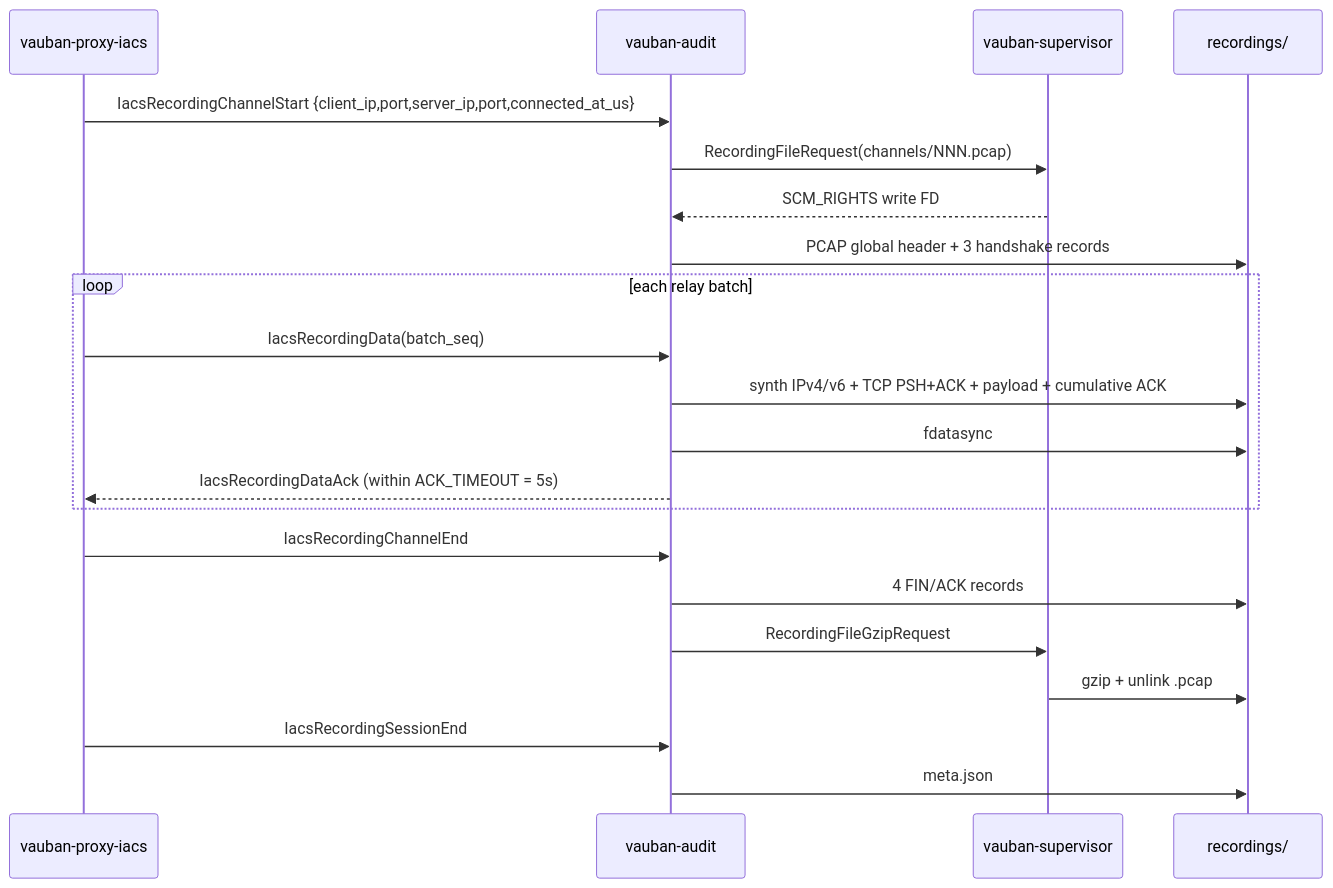
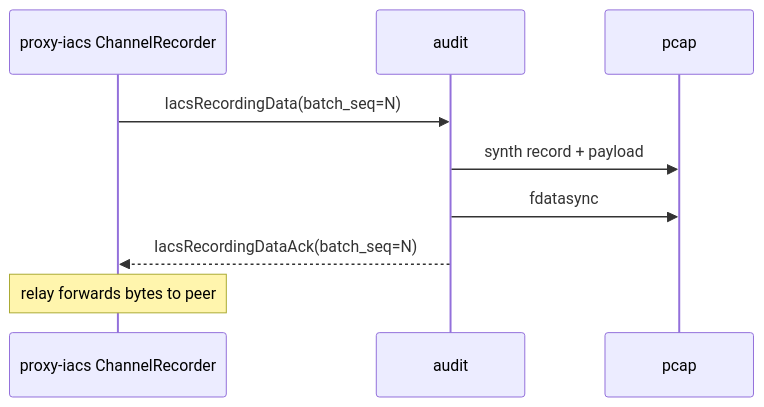
Before and after one commit to rbenaley/Vauban: the seventh of 9 diagrams in docs/technical/Vauban_Recording_Architecture_EN(1.5).md, drawn with Mermaid. The commit also changed other lines of this file, not shown here.

Commit message:
docs(recording): rewrite v1.5 as a tighter architecture-focused reference Move the changelog to an appendix and drop historical / operational noise.

````diff
--- a/docs/technical/Vauban_Recording_Architecture_EN(1.5).md
+++ b/docs/technical/Vauban_Recording_Architecture_EN(1.5).md
@@ -1215,24 +475,11 @@
 ```mermaid
 sequenceDiagram
-    participant P as vauban-proxy-iacs
-    participant A as vauban-audit
-    participant S as vauban-supervisor
-    participant FS as recordings/
-
-    P->>A: IacsRecordingChannelStart {client_ip,port,server_ip,port,connected_at_us}
-    A->>S: RecordingFileRequest(channels/NNN.pcap)
-    S-->>A: SCM_RIGHTS write FD
-    A->>FS: PCAP global header + 3 handshake records
-    loop each relay batch
-        P->>A: IacsRecordingData(batch_seq)
-        A->>FS: synth IPv4/v6 + TCP PSH+ACK + payload + cumulative ACK
-        A->>FS: fdatasync
-        A-->>P: IacsRecordingDataAck (within ACK_TIMEOUT = 5s)
-    end
-    P->>A: IacsRecordingChannelEnd
-    A->>FS: 4 FIN/ACK records
-    A->>S: RecordingFileGzipRequest
-    S->>FS: gzip + unlink .pcap
-    P->>A: IacsRecordingSessionEnd
-    A->>FS: meta.json
+    participant P as proxy-iacs ChannelRecorder
+    participant A as audit
+    participant FS as pcap
+    P->>A: IacsRecordingData(batch_seq=N)
+    A->>FS: synth record + payload
+    A->>FS: fdatasync
+    A-->>P: IacsRecordingDataAck(batch_seq=N)
+    Note over P: relay forwards bytes to peer
 ```
````
